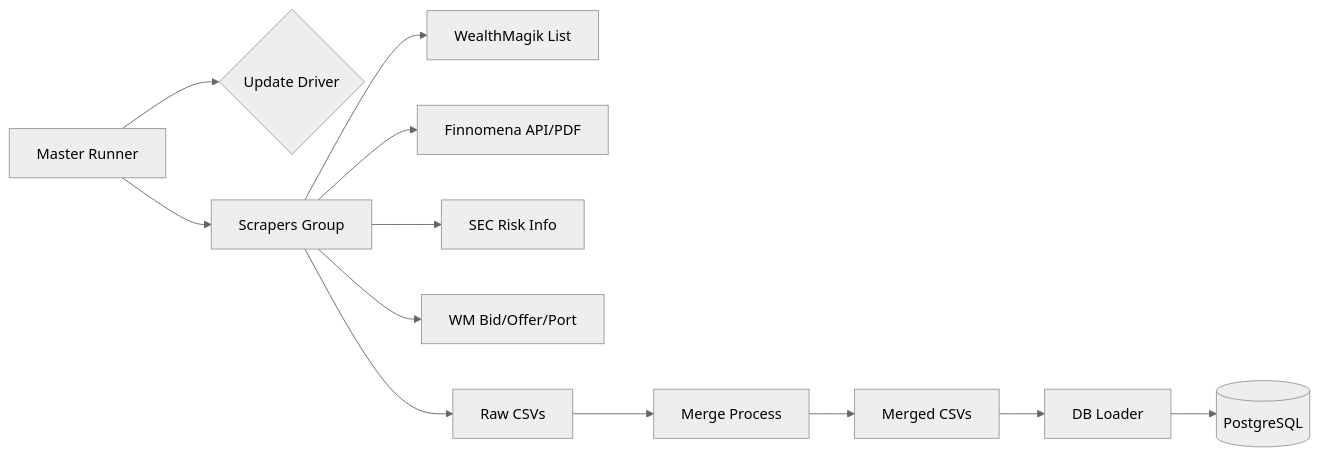
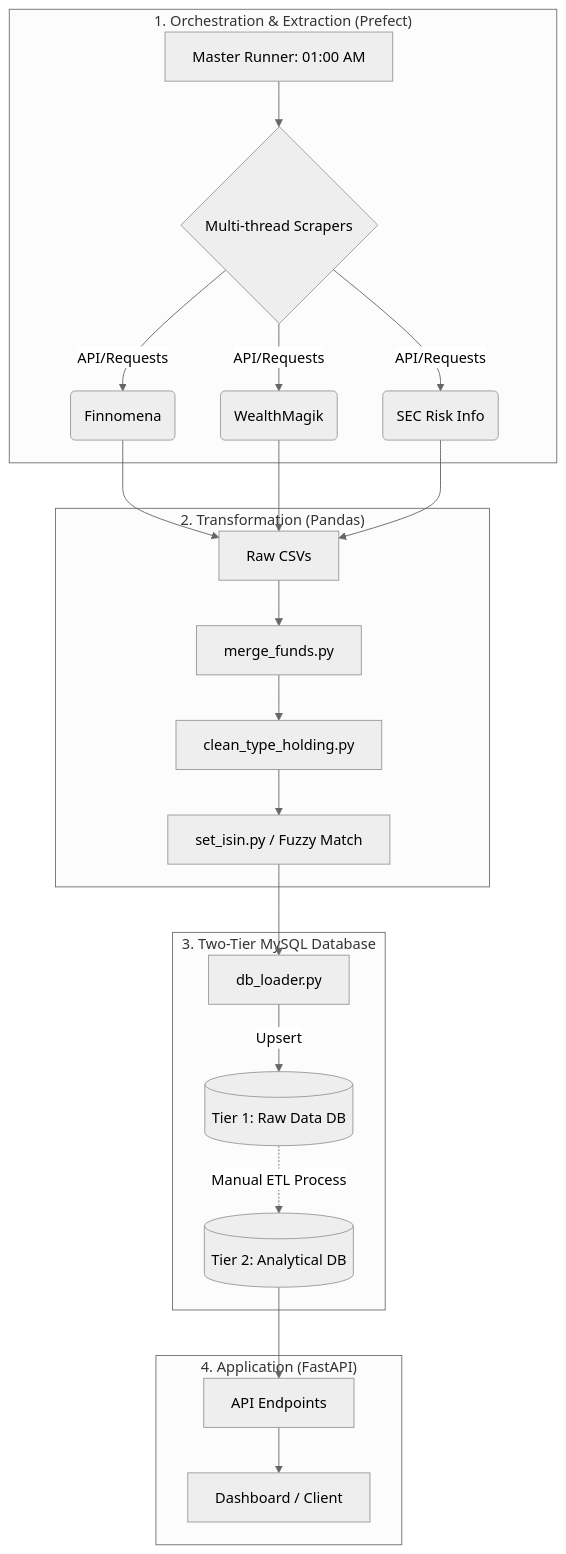
The diagram in readme.md (Atomaole/funds-scrape), drawn with Mermaid (neutral theme) before and after one commit. The commit also changed other lines of this file, not shown here.

````diff
--- a/readme.md
+++ b/readme.md
@@ -35,15 +36,28 @@
 ```mermaid
-graph LR
-  A[Master Runner] --> B{Update Driver}
-  A --> C[Scrapers Group]
-  C --> D[WealthMagik List]
-  C --> E[Finnomena API/PDF]
-  C --> F[SEC Risk Info]
-  C --> G[WM Bid/Offer/Port]
-  C --> H[Raw CSVs]
-  H --> I[Merge Process]
-  I --> J[Merged CSVs]
-  J --> K[DB Loader]
-  K --> L[(PostgreSQL)]
+graph TD
+  subgraph "1. Orchestration & Extraction (Prefect)"
+    A[Master Runner: 01:00 AM] --> B{Multi-thread Scrapers}
+    B -->|API/Requests| C(Finnomena)
+    B -->|API/Requests| D(WealthMagik)
+    B -->|API/Requests| E(SEC Risk Info)
+  end
+
+  subgraph "2. Transformation (Pandas)"
+    C & D & E --> F[Raw CSVs]
+    F --> G[merge_funds.py]
+    G --> H[clean_type_holding.py]
+    H --> I[set_isin.py / Fuzzy Match]
+  end
+
+  subgraph "3. Two-Tier MySQL Database"
+    I --> J[db_loader.py]
+    J -->|Upsert| K[(Tier 1: Raw Data DB)]
+    K -.->|Manual ETL Process| L[(Tier 2: Analytical DB)]
+  end
+
+  subgraph "4. Application (FastAPI)"
+    L --> M[API Endpoints]
+    M --> N[Dashboard / Client]
+  end
 
 ```
````
